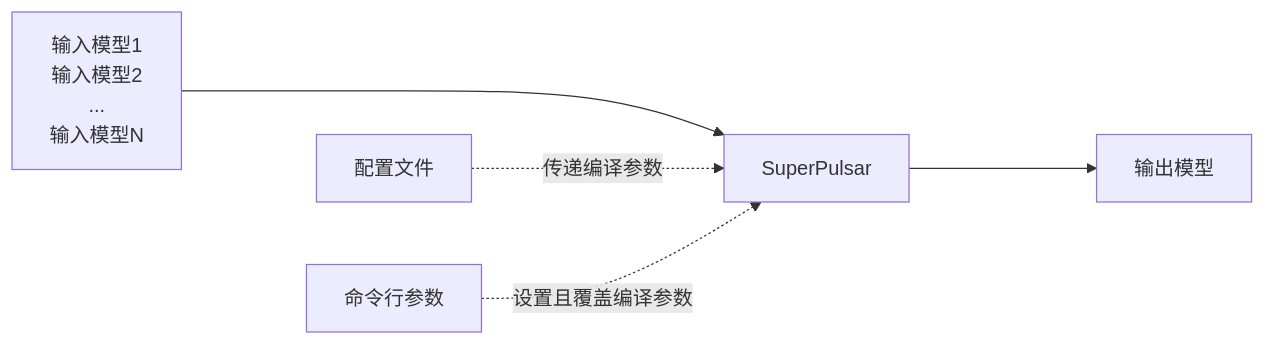
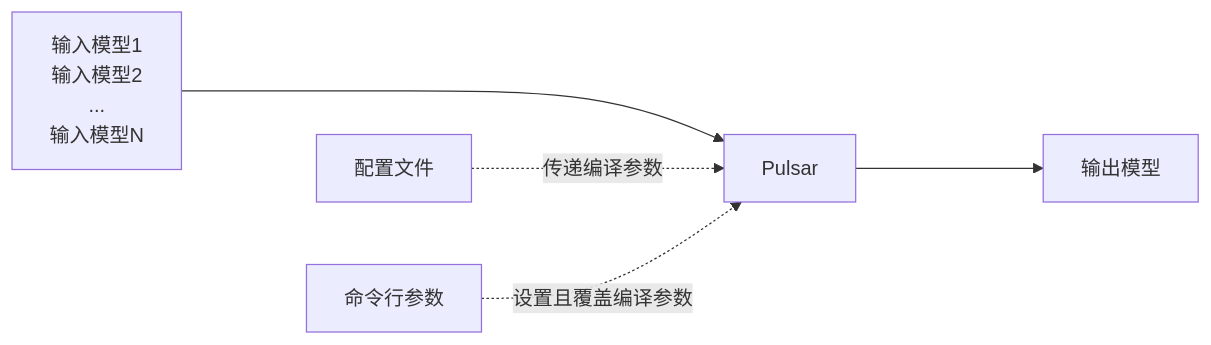
One commit to AXERA-TECH/pulsar-docs changed the diagram in source/test_configs/config.rst. Above: the diagram before and after it, drawn with Mermaid. The commit also changed other lines of this file and 10 other files, not shown here.

```diff
--- a/source/test_configs/config.rst
+++ b/source/test_configs/config.rst
@@ -17,9 +17,9 @@
 .. mermaid::
 
   graph LR
     config_prototxt[配置文件]
     command_line[命令行参数]
-    input_model[输入模型1<br/>输入模型2<br/>...<br/>输入模型N] ----> super_pulsar[SuperPulsar]
+    input_model[输入模型1<br/>输入模型2<br/>...<br/>输入模型N] ----> super_pulsar[Pulsar]
     super_pulsar ----> output_model[输出模型]
     config_prototxt -.-> |传递编译参数| super_pulsar
     command_line -.-> |设置且覆盖编译参数| super_pulsar
```
